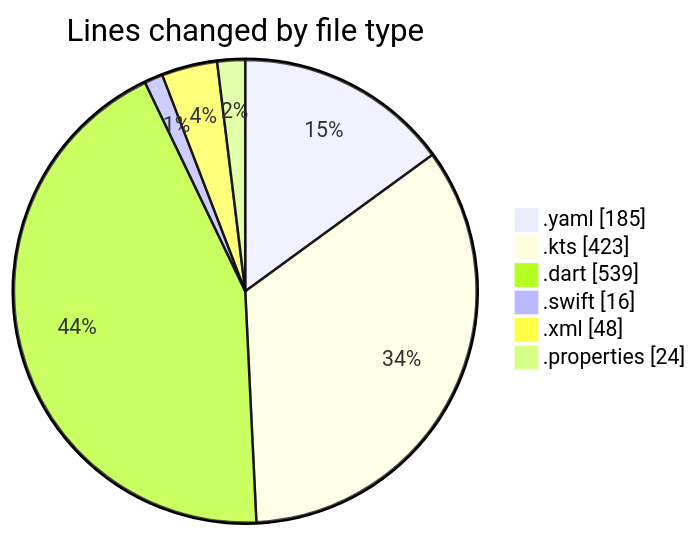
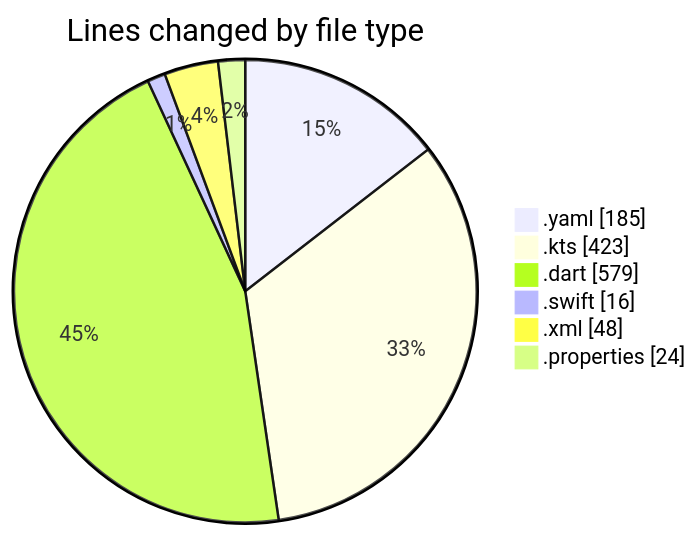
One commit to donsfak/code-tracking changed the first of 2 diagrams in 2025-02-16/uber_clone/README.md. Above: the diagram before and after it, drawn with Mermaid. The commit also changed other lines of this file and 1 other file, not shown here.

````diff
--- a/2025-02-16/uber_clone/README.md
+++ b/2025-02-16/uber_clone/README.md
@@ -31,10 +31,10 @@
 ```mermaid
 pie showData
 title Lines changed by file type
 ".yaml" : 185
 ".kts" : 423
-".dart" : 539
+".dart" : 579
 ".swift" : 16
 ".xml" : 48
 ".properties" : 24
 ```
````
